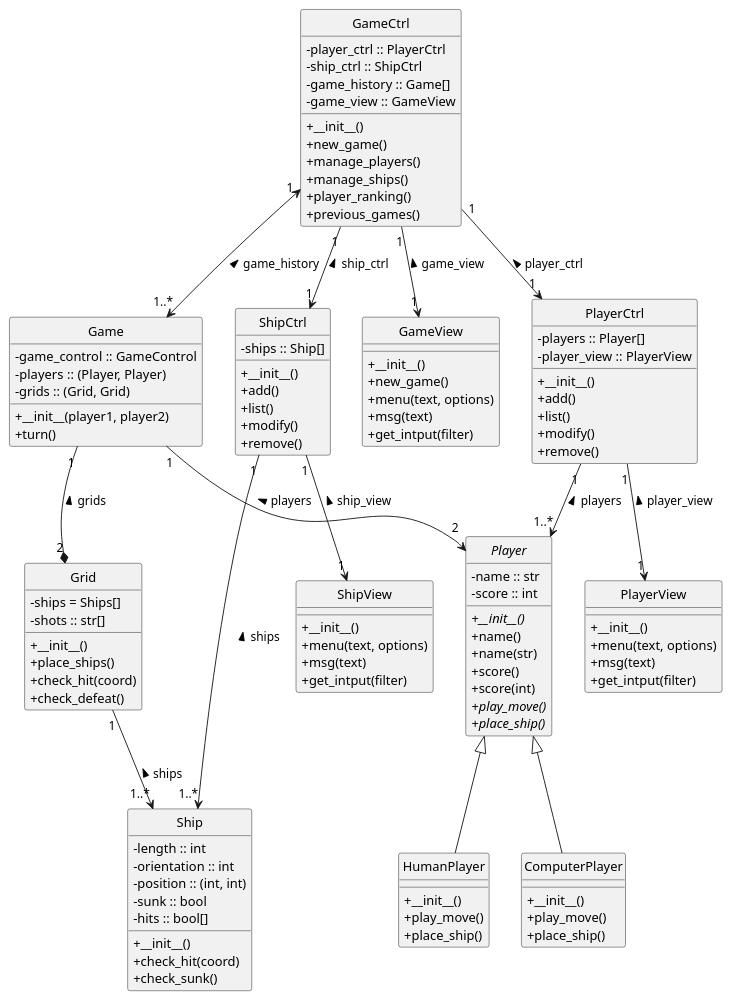
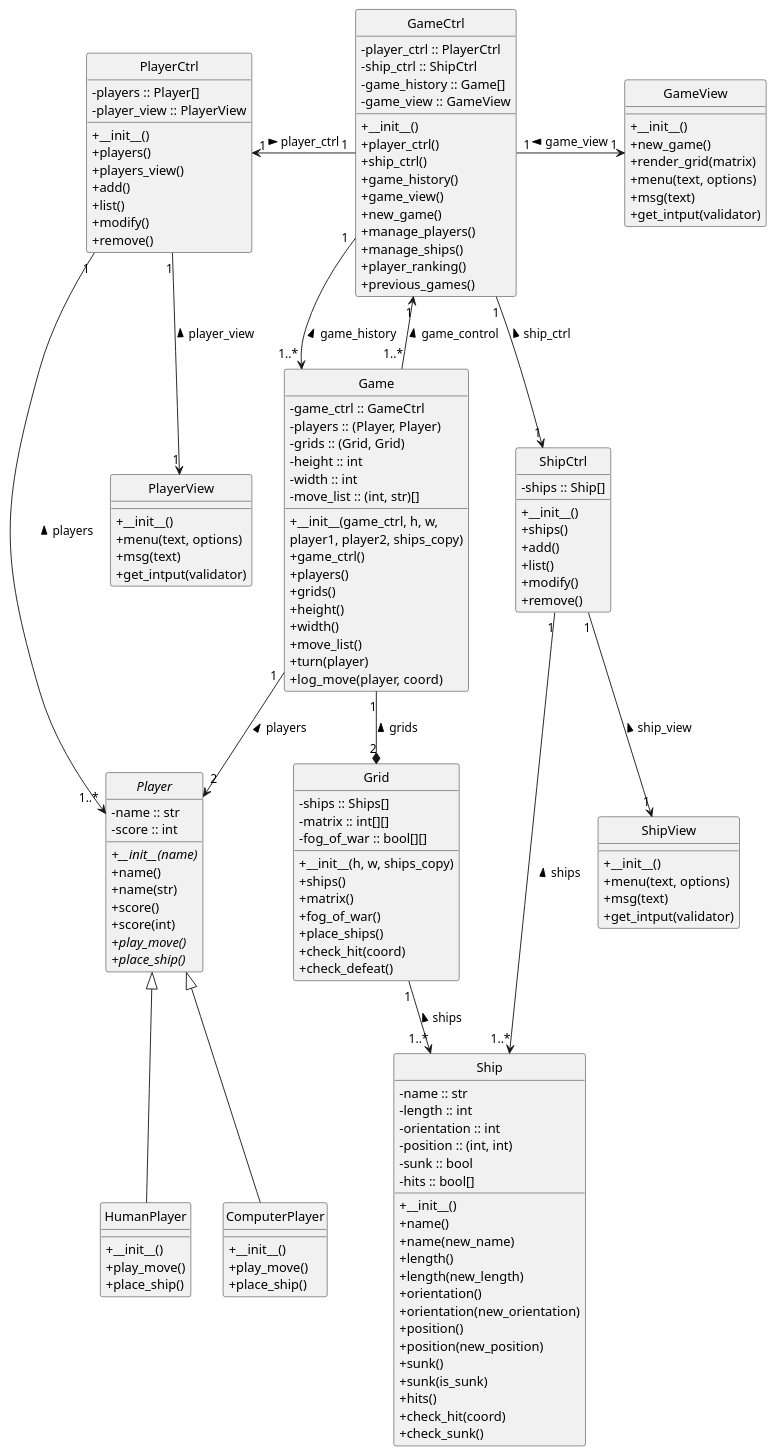
The diagram in uml_diagram.puml (leoniro/battleship), drawn with PlantUML before and after one commit. The commit also changed 1 other file, not shown here.

```diff
--- a/uml_diagram.puml
+++ b/uml_diagram.puml
@@ -1,133 +1,170 @@
 @startuml battleship_class_diagram
 
 skinparam classAttributeIconSize 0
 'left to right direction
 hide circle
 
 class Game {
-    - game_control :: GameControl
+    - game_ctrl :: GameCtrl
     - players :: (Player, Player) {field}
     - grids :: (Grid, Grid) {field}
-    + __init__(player1, player2)
-    + turn()
+    - height :: int
+    - width :: int
+    - move_list :: (int, str)[] {field}
+    + __init__(game_ctrl, h, w,
+            player1, player2, ships_copy)
+    + game_ctrl()
+    + players()
+    + grids()
+    + height()
+    + width()
+    + move_list()
+    + turn(player)
+    + log_move(player, coord)
 }
 
 class GameCtrl {
     - player_ctrl :: PlayerCtrl
     - ship_ctrl :: ShipCtrl
     - game_history :: Game[]
     - game_view :: GameView
     + __init__()
+    + player_ctrl()
+    + ship_ctrl()
+    + game_history()
+    + game_view()
     + new_game()
     + manage_players()
     + manage_ships()
     + player_ranking()
     + previous_games()
 }
 
 class GameView {
     + __init__()
     + new_game()
+    + render_grid(matrix)
     + menu(text, options)
     + msg(text)
-    + get_intput(filter)
+    + get_intput(validator)
 }
 
 class Grid {
-    - ships = Ships[]
-    - shots :: str[]
-    + __init__()
+    - ships :: Ships[]
+    - matrix :: int[][]
+    - fog_of_war :: bool[][]
+    + __init__(h, w, ships_copy)
+    + ships()
+    + matrix()
+    + fog_of_war()
     + place_ships()
     + check_hit(coord)
     + check_defeat()
 }
 
 class Ship {
+    - name :: str
     - length :: int
     - orientation :: int
     - position :: (int, int) {field}
     - sunk :: bool
     - hits :: bool[]
     + __init__()
+    + name()
+    + name(new_name)
+    + length()
+    + length(new_length)
+    + orientation()
+    + orientation(new_orientation)
+    + position()
+    + position(new_position)
+    + sunk()
+    + sunk(is_sunk)
+    + hits()
     + check_hit(coord)
     + check_sunk()
 }
 
 class ShipCtrl{
     - ships :: Ship[]
     + __init__()
+    + ships()
     + add()
     + list()
     + modify()
     + remove()
 }
 
 class ShipView {
     + __init__()
     + menu(text, options)
     + msg(text)
-    + get_intput(filter)
+    + get_intput(validator)
     
 }
 
 class PlayerCtrl {
     - players :: Player[]
     - player_view :: PlayerView
     + __init__()
+    + players()
+    + players_view()
     + add()
     + list()
     + modify()
     + remove()
 }
 
 abstract class Player {
     - name :: str
     - score :: int
-    + __init__() {abstract}
+    + __init__(name) {abstract}
     + name()
     + name(str)
     + score()
     + score(int)
     + play_move() {abstract}
     + place_ship() {abstract}
 }
 
 class PlayerView {
     + __init__()
     + menu(text, options)
     + msg(text)
-    + get_intput(filter)
+    + get_intput(validator)
 }
 
 class HumanPlayer {
     + __init__()
     + play_move()
     + place_ship()
 }
 class ComputerPlayer {
     + __init__()
     + play_move()
     + place_ship()
 }
 
 
-GameCtrl "1" <--> "1..*" Game : game_history <
-GameCtrl "1" --> "1" GameView : game_view <
-GameCtrl "1" --> "1" PlayerCtrl : player_ctrl <
+GameCtrl "1" --> "1..*" Game : game_history <
+GameCtrl "1" <-- "1..*" Game : game_control <
+GameCtrl "1" -r-> "1" GameView : game_view <
+
+GameCtrl "1" -l-> "1" PlayerCtrl : player_ctrl <
 GameCtrl "1" --> "1" ShipCtrl : ship_ctrl <
 
 PlayerCtrl "1" --> "1..*" Player : players <
 PlayerCtrl "1" --> "1" PlayerView : player_view <
 
 Game "1" --> "2" Player : players <
 
 Player <|-- HumanPlayer
 Player <|-- ComputerPlayer
 
 Game "1" --* "2" Grid : grids <
 
 ShipCtrl "1" --> "1..*" Ship : ships <
 ShipCtrl "1" --> "1" ShipView : ship_view <
 Grid "1" --> "1..*" Ship : ships <
 
 @enduml
```
